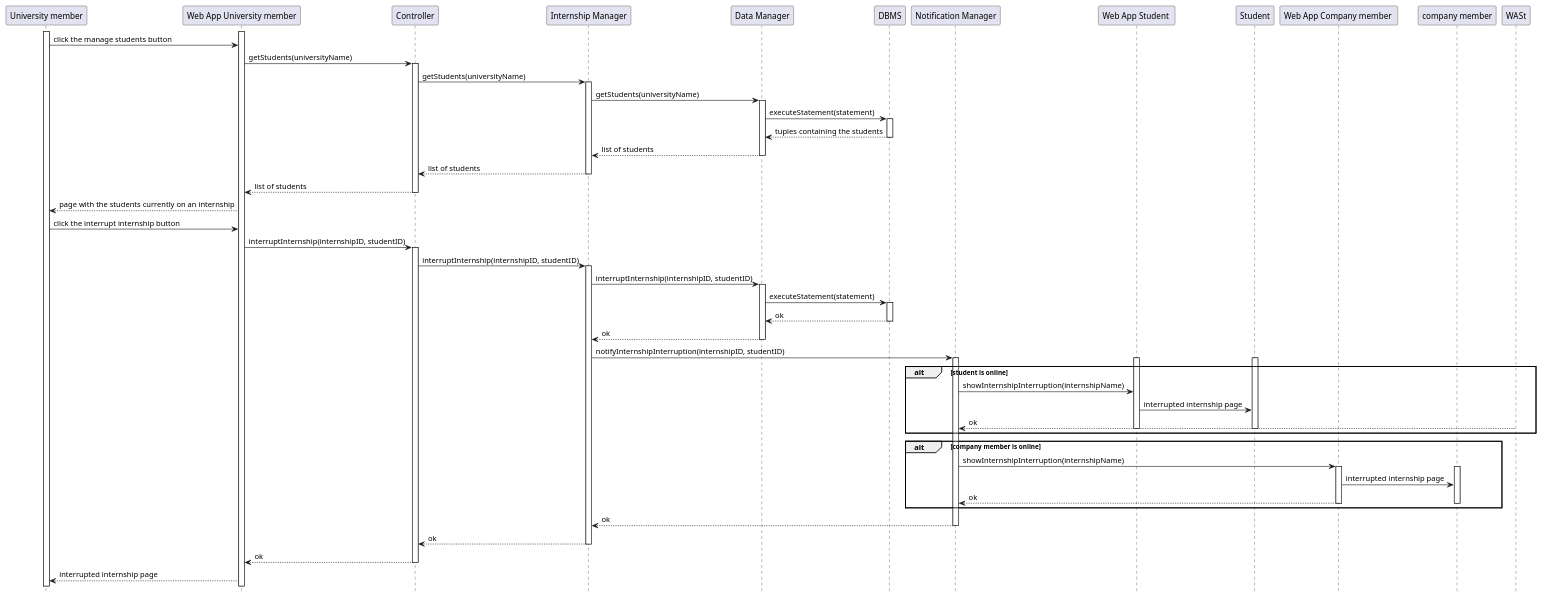
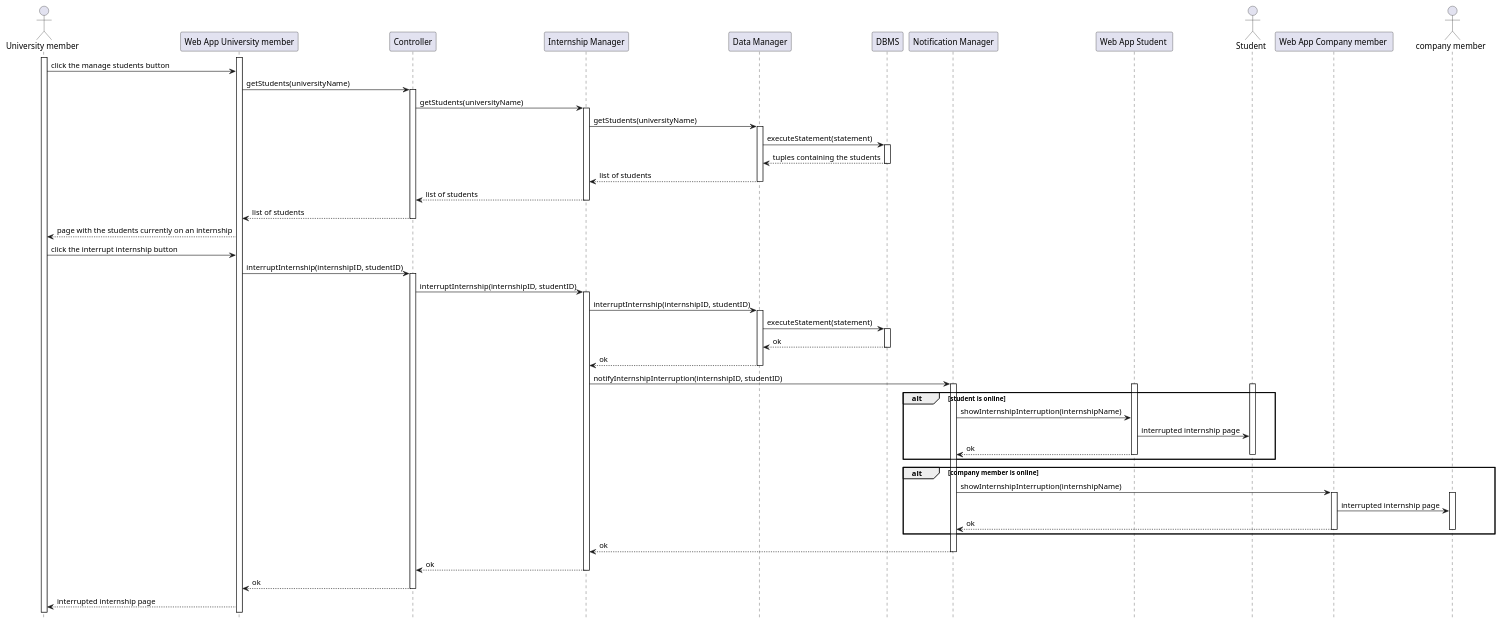
The diagram in DD/Architectural_design/uml_diagrams/RV27.puml (matti8702/R_and_DD_project_SE2), drawn with PlantUML before and after one commit. The commit also changed 9 other files, not shown here.

```diff
--- a/DD/Architectural_design/uml_diagrams/RV27.puml
+++ b/DD/Architectural_design/uml_diagrams/RV27.puml
@@ -1,77 +1,77 @@
 @startuml RV27
 hide footbox
 
-participant "University member" AS UM
+actor "University member" AS UM
 participant "Web App University member" AS WAUM
 participant "Controller" as C
 participant "Internship Manager" as IM
 participant "Data Manager" as DM
 participant "DBMS" as DB
 participant "Notification Manager" as NM
 participant "Web App Student " AS WAST
-participant "Student" as ST
+actor "Student" as ST
 participant "Web App Company member " AS WACM
-participant "company member" as CM
+actor "company member" as CM
 
 activate UM
 activate WAUM
 
 UM -> WAUM : click the manage students button
 WAUM -> C  : getStudents(universityName)
 activate C
 C -> IM    : getStudents(universityName)
 activate IM
 IM -> DM   : getStudents(universityName)
 activate DM
 DM -> DB   : executeStatement(statement)
 activate DB
 DB --> DM  : tuples containing the students
 deactivate DB
 DM --> IM  : list of students
 deactivate DM
 IM --> C   : list of students
 deactivate IM
 C --> WAUM : list of students
 deactivate C
 WAUM --> UM : page with the students currently on an internship
 UM -> WAUM : click the interrupt internship button
 WAUM -> C  : interruptInternship(internshipID, studentID)
 activate C
 C -> IM    : interruptInternship(internshipID, studentID)
 activate IM
 IM -> DM   : interruptInternship(internshipID, studentID)
 activate DM
 DM -> DB   : executeStatement(statement)
 activate DB
 DB --> DM  : ok
 deactivate DB
 DM --> IM  : ok
 deactivate DM
 IM -> NM   : notifyInternshipInterruption(internshipID, studentID)
 activate NM
 alt student is online
     activate ST
     activate WAST
     NM -> WAST : showInternshipInterruption(internshipName)
     WAST -> ST : interrupted internship page
-    WASt --> NM : ok
+    WAST --> NM : ok
     deactivate ST
     deactivate WAST
 end
 alt company member is online
     NM -> WACM : showInternshipInterruption(internshipName)
     activate WACM
     activate CM
     WACM -> CM : interrupted internship page
     WACM --> NM : ok
     deactivate WACM
     deactivate CM
 end
 NM --> IM  : ok
 deactivate NM
 IM --> C   : ok
 deactivate IM
 C --> WAUM : ok
 deactivate C
 WAUM --> UM : interrupted internship page
 @enduml
```
